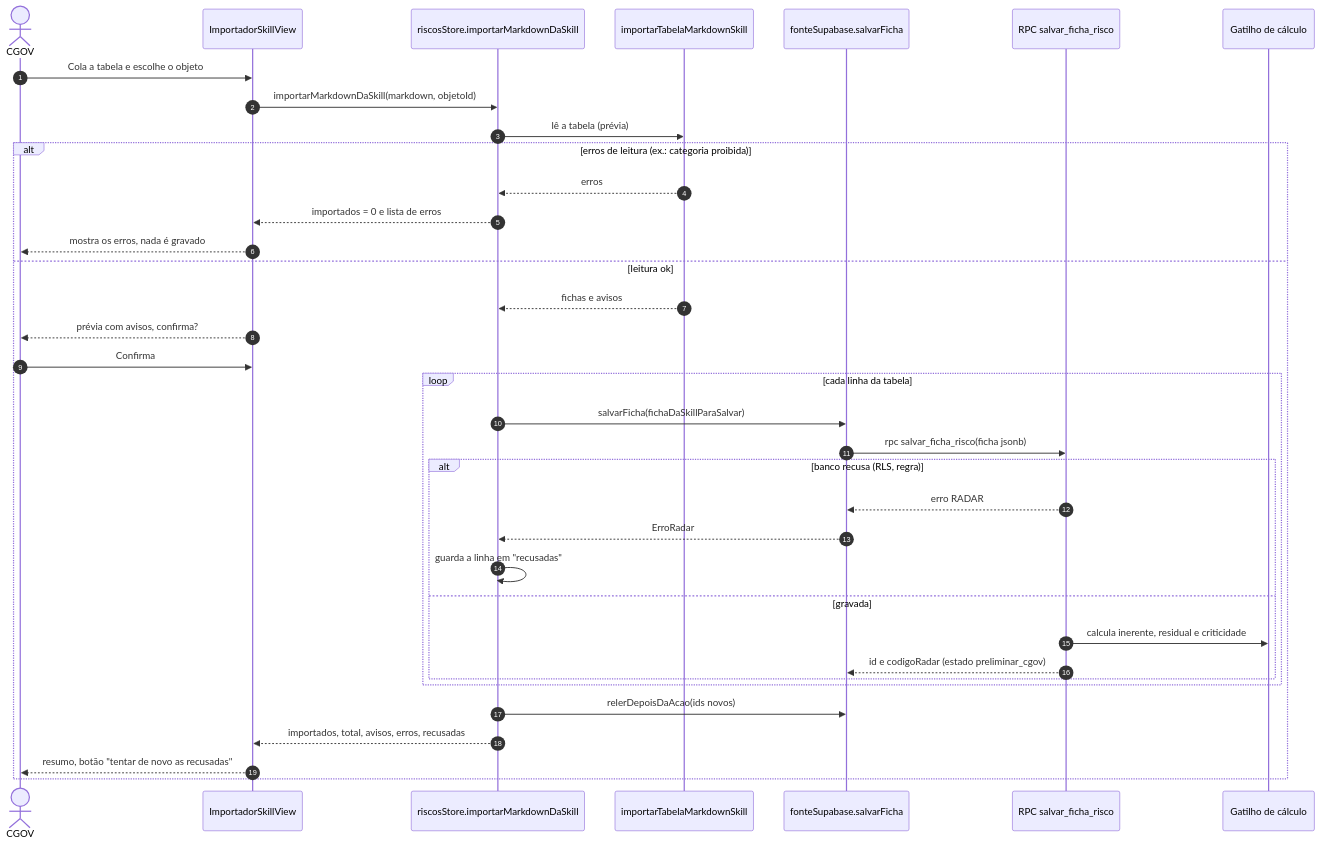
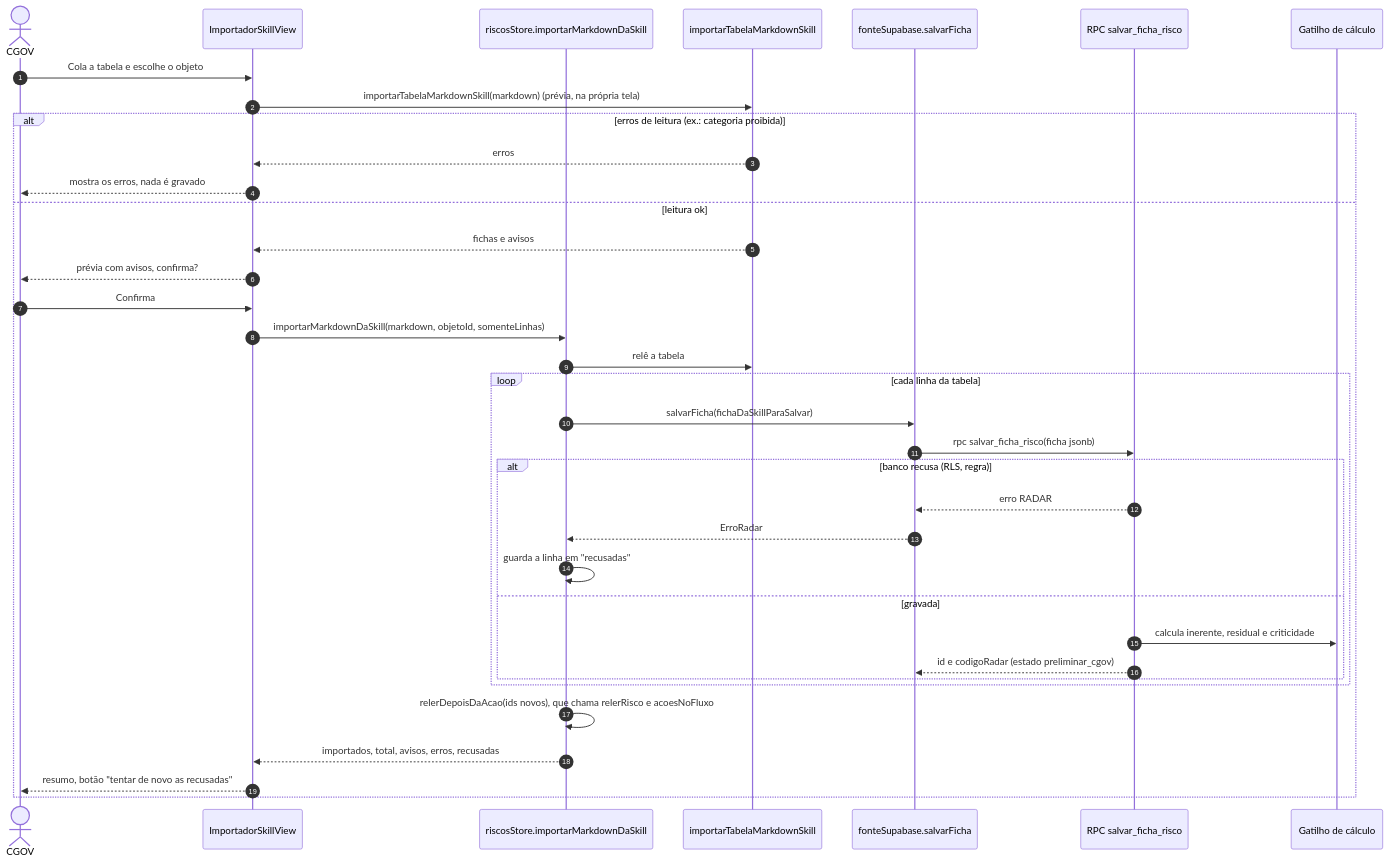
The second of 2 diagrams in docs/50-nivel5-software/uml-04-sequencia.md (lpchagas/cgov-riscos), drawn with Mermaid before and after one commit. The commit also changed other lines of this file and 12 other files, not shown here.

Commit message:
docs(fase4): triagem da revisão final dos ADRs 0004-0016 e dos diagramas UML

````diff
--- a/docs/50-nivel5-software/uml-04-sequencia.md
+++ b/docs/50-nivel5-software/uml-04-sequencia.md
@@ -77,38 +77,38 @@
 ```mermaid
 sequenceDiagram
   autonumber
   actor U as CGOV
   participant T as ImportadorSkillView
   participant S as riscosStore.importarMarkdownDaSkill
   participant I as importarTabelaMarkdownSkill
   participant F as fonteSupabase.salvarFicha
   participant R as RPC salvar_ficha_risco
   participant G as Gatilho de cálculo
   U->>T: Cola a tabela e escolhe o objeto
-  T->>S: importarMarkdownDaSkill(markdown, objetoId)
-  S->>I: lê a tabela (prévia)
+  T->>I: importarTabelaMarkdownSkill(markdown) (prévia, na própria tela)
   alt erros de leitura (ex.: categoria proibida)
-    I-->>S: erros
-    S-->>T: importados = 0 e lista de erros
+    I-->>T: erros
     T-->>U: mostra os erros, nada é gravado
   else leitura ok
-    I-->>S: fichas e avisos
+    I-->>T: fichas e avisos
     T-->>U: prévia com avisos, confirma?
     U->>T: Confirma
+    T->>S: importarMarkdownDaSkill(markdown, objetoId, somenteLinhas)
+    S->>I: relê a tabela
     loop cada linha da tabela
       S->>F: salvarFicha(fichaDaSkillParaSalvar)
       F->>R: rpc salvar_ficha_risco(ficha jsonb)
       alt banco recusa (RLS, regra)
         R-->>F: erro RADAR
         F-->>S: ErroRadar
         S->>S: guarda a linha em "recusadas"
       else gravada
         R->>G: calcula inerente, residual e criticidade
         R-->>F: id e codigoRadar (estado preliminar_cgov)
       end
     end
-    S->>F: relerDepoisDaAcao(ids novos)
+    S->>S: relerDepoisDaAcao(ids novos), que chama relerRisco e acoesNoFluxo
     S-->>T: importados, total, avisos, erros, recusadas
     T-->>U: resumo, botão "tentar de novo as recusadas"
   end
 ```
````
